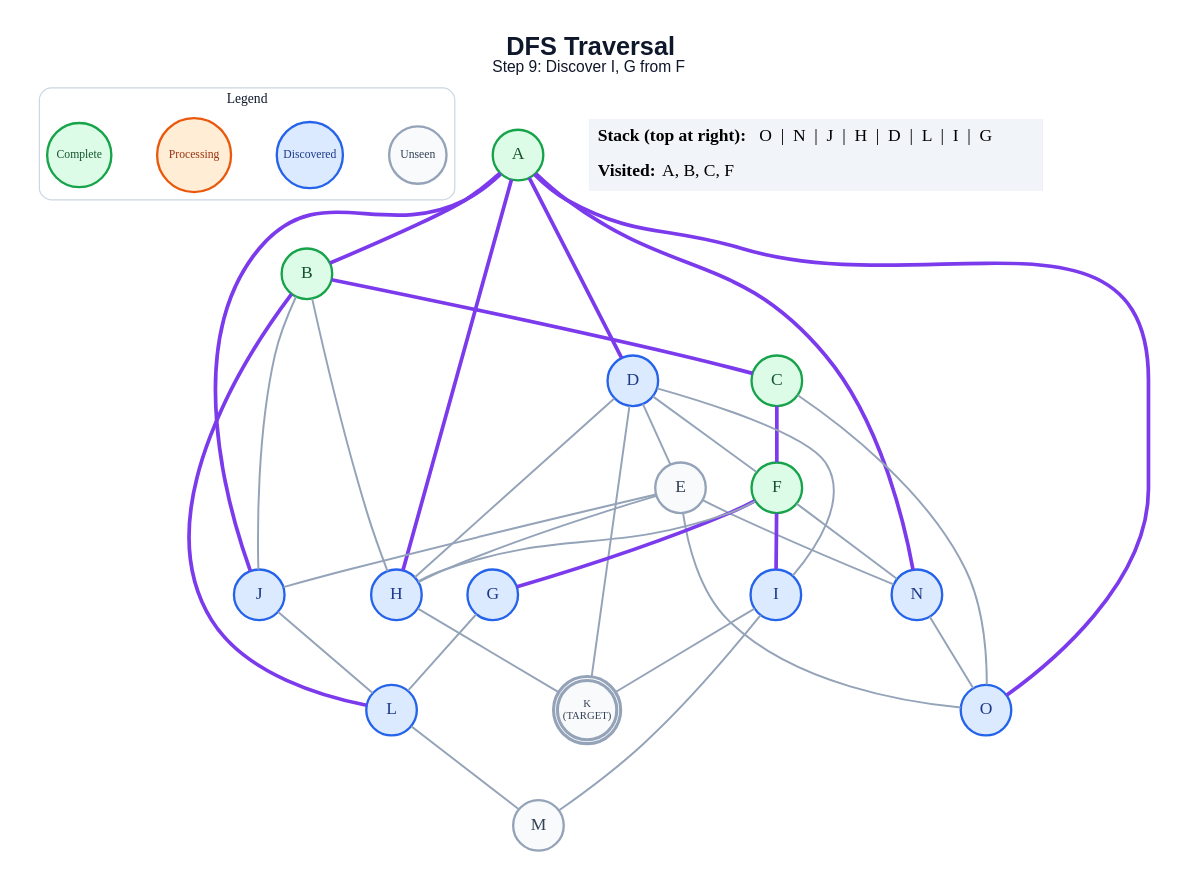
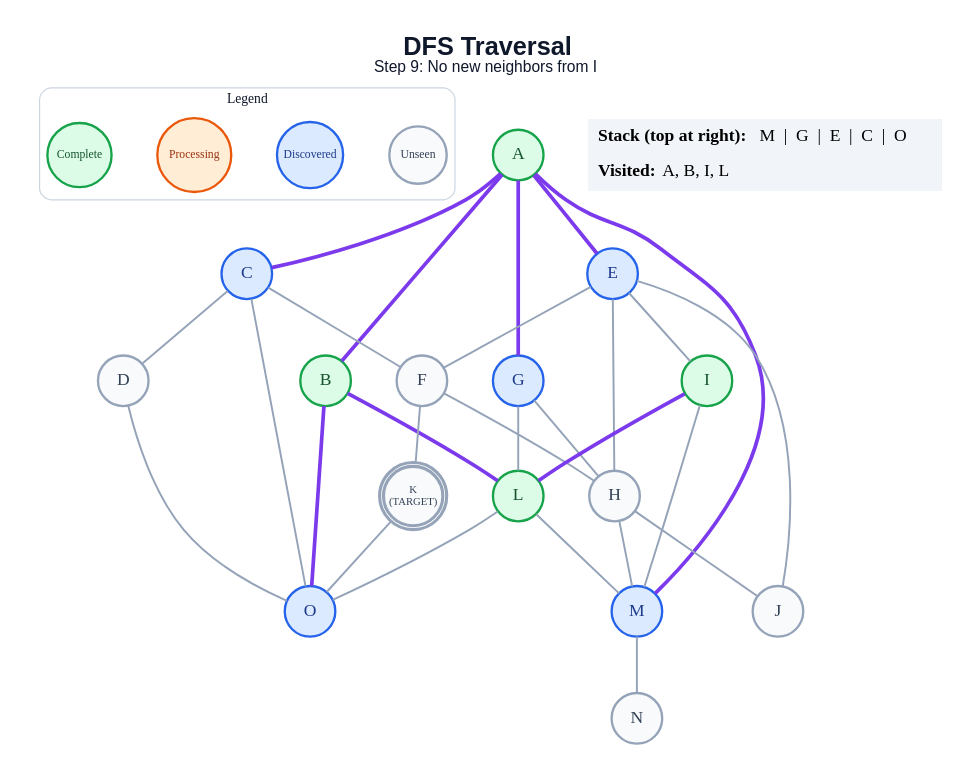
One commit to anon7238593-create/ai-slop changed the diagram in generated/short-circuit/dfs/step_09.dot. Above: the diagram before and after it, drawn with Graphviz. The commit also changed 263 other files, not shown here.

```diff
--- a/generated/short-circuit/dfs/step_09.dot
+++ b/generated/short-circuit/dfs/step_09.dot
@@ -1,66 +1,61 @@
 graph traversal {
   graph [layout=dot, rankdir=TB, bgcolor="#FFFFFF", pad="0.35", nodesep="0.65", ranksep="0.8", fontname="Arial"];
   node [shape=circle, style="filled", fontname="Arial Bold", fontsize=18, width=0.72, fixedsize=true, penwidth=2.4];
   edge [color="#94A3B8", penwidth=2.0];
-  label=<<B>DFS Traversal</B><BR/><FONT POINT-SIZE="16">Step 9: Discover I, G from F</FONT>>; labelloc="t"; fontsize=26; fontname="Arial"; fontcolor="#0F172A";
+  label=<<B>DFS Traversal</B><BR/><FONT POINT-SIZE="16">Step 9: No new neighbors from I</FONT>>; labelloc="t"; fontsize=26; fontname="Arial"; fontcolor="#0F172A";
   subgraph cluster_legend { label="Legend"; color="#CBD5E1"; penwidth=1.2; style="rounded"; fontsize=14; fontname="Arial Bold";
     key_unseen [label="Unseen", fillcolor="#F8FAFC", color="#94A3B8", fontcolor="#334155", fontsize=12, width=0.82];
     key_frontier [label="Discovered", fillcolor="#DBEAFE", color="#2563EB", fontcolor="#1E3A8A", fontsize=12, width=0.95];
     key_current [label="Processing", fillcolor="#FFEDD5", color="#EA580C", fontcolor="#9A3412", fontsize=12, width=1.05];
     key_done [label="Complete", fillcolor="#DCFCE7", color="#16A34A", fontcolor="#14532D", fontsize=12, width=0.92];
     { rank=same; key_unseen; key_frontier; key_current; key_done; }
   }
   A [label="A", fillcolor="#DCFCE7", color="#16A34A", fontcolor="#14532D", peripheries=1, penwidth=2.4];
   B [label="B", fillcolor="#DCFCE7", color="#16A34A", fontcolor="#14532D", peripheries=1, penwidth=2.4];
-  C [label="C", fillcolor="#DCFCE7", color="#16A34A", fontcolor="#14532D", peripheries=1, penwidth=2.4];
-  D [label="D", fillcolor="#DBEAFE", color="#2563EB", fontcolor="#1E3A8A", peripheries=1, penwidth=2.4];
-  E [label="E", fillcolor="#F8FAFC", color="#94A3B8", fontcolor="#334155", peripheries=1, penwidth=2.4];
-  F [label="F", fillcolor="#DCFCE7", color="#16A34A", fontcolor="#14532D", peripheries=1, penwidth=2.4];
+  C [label="C", fillcolor="#DBEAFE", color="#2563EB", fontcolor="#1E3A8A", peripheries=1, penwidth=2.4];
+  D [label="D", fillcolor="#F8FAFC", color="#94A3B8", fontcolor="#334155", peripheries=1, penwidth=2.4];
+  E [label="E", fillcolor="#DBEAFE", color="#2563EB", fontcolor="#1E3A8A", peripheries=1, penwidth=2.4];
+  F [label="F", fillcolor="#F8FAFC", color="#94A3B8", fontcolor="#334155", peripheries=1, penwidth=2.4];
   G [label="G", fillcolor="#DBEAFE", color="#2563EB", fontcolor="#1E3A8A", peripheries=1, penwidth=2.4];
-  H [label="H", fillcolor="#DBEAFE", color="#2563EB", fontcolor="#1E3A8A", peripheries=1, penwidth=2.4];
-  I [label="I", fillcolor="#DBEAFE", color="#2563EB", fontcolor="#1E3A8A", peripheries=1, penwidth=2.4];
-  J [label="J", fillcolor="#DBEAFE", color="#2563EB", fontcolor="#1E3A8A", peripheries=1, penwidth=2.4];
+  H [label="H", fillcolor="#F8FAFC", color="#94A3B8", fontcolor="#334155", peripheries=1, penwidth=2.4];
+  I [label="I", fillcolor="#DCFCE7", color="#16A34A", fontcolor="#14532D", peripheries=1, penwidth=2.4];
+  J [label="J", fillcolor="#F8FAFC", color="#94A3B8", fontcolor="#334155", peripheries=1, penwidth=2.4];
   K [label="K\n(TARGET)", fillcolor="#F8FAFC", color="#94A3B8", fontcolor="#334155", peripheries=2, penwidth=3.2, fontsize=11, width=0.85, height=0.85];
-  L [label="L", fillcolor="#DBEAFE", color="#2563EB", fontcolor="#1E3A8A", peripheries=1, penwidth=2.4];
-  M [label="M", fillcolor="#F8FAFC", color="#94A3B8", fontcolor="#334155", peripheries=1, penwidth=2.4];
-  N [label="N", fillcolor="#DBEAFE", color="#2563EB", fontcolor="#1E3A8A", peripheries=1, penwidth=2.4];
+  L [label="L", fillcolor="#DCFCE7", color="#16A34A", fontcolor="#14532D", peripheries=1, penwidth=2.4];
+  M [label="M", fillcolor="#DBEAFE", color="#2563EB", fontcolor="#1E3A8A", peripheries=1, penwidth=2.4];
+  N [label="N", fillcolor="#F8FAFC", color="#94A3B8", fontcolor="#334155", peripheries=1, penwidth=2.4];
   O [label="O", fillcolor="#DBEAFE", color="#2563EB", fontcolor="#1E3A8A", peripheries=1, penwidth=2.4];
   A -- B [color="#7C3AED", penwidth=3.8];
-  A -- D [color="#7C3AED", penwidth=3.8];
-  A -- H [color="#7C3AED", penwidth=3.8];
-  A -- J [color="#7C3AED", penwidth=3.8];
-  A -- N [color="#7C3AED", penwidth=3.8];
-  A -- O [color="#7C3AED", penwidth=3.8];
-  B -- C [color="#7C3AED", penwidth=3.8];
-  B -- H;
-  B -- J;
+  A -- C [color="#7C3AED", penwidth=3.8];
+  A -- E [color="#7C3AED", penwidth=3.8];
+  A -- G [color="#7C3AED", penwidth=3.8];
+  A -- M [color="#7C3AED", penwidth=3.8];
   B -- L [color="#7C3AED", penwidth=3.8];
-  C -- F [color="#7C3AED", penwidth=3.8];
+  B -- O [color="#7C3AED", penwidth=3.8];
+  C -- D;
+  C -- F;
   C -- O;
-  D -- E;
-  D -- F;
-  D -- H;
-  D -- I;
-  D -- K;
+  D -- O;
+  E -- F;
   E -- H;
+  E -- I;
   E -- J;
-  E -- N;
-  E -- O;
-  F -- G [color="#7C3AED", penwidth=3.8];
   F -- H;
-  F -- I [color="#7C3AED", penwidth=3.8];
-  F -- N;
+  F -- K;
+  G -- H;
   G -- L;
-  H -- K;
-  I -- K;
+  H -- J;
+  H -- M;
+  I -- L [color="#7C3AED", penwidth=3.8];
   I -- M;
-  J -- L;
+  K -- O;
   L -- M;
-  N -- O;
+  L -- O;
+  M -- N;
   status [shape=plain, fixedsize=false, width=0, height=0, margin=0, label=<
     <TABLE BORDER="0" CELLBORDER="0" CELLPADDING="7" BGCOLOR="#F1F5F9">
-      <TR><TD ALIGN="LEFT"><B>Stack (top at right):</B> O  |  N  |  J  |  H  |  D  |  L  |  I  |  G</TD></TR>
-      <TR><TD ALIGN="LEFT"><B>Visited:</B> A, B, C, F</TD></TR>
+      <TR><TD ALIGN="LEFT"><B>Stack (top at right):</B> M  |  G  |  E  |  C  |  O</TD></TR>
+      <TR><TD ALIGN="LEFT"><B>Visited:</B> A, B, I, L</TD></TR>
     </TABLE>
   >];
 }
```
